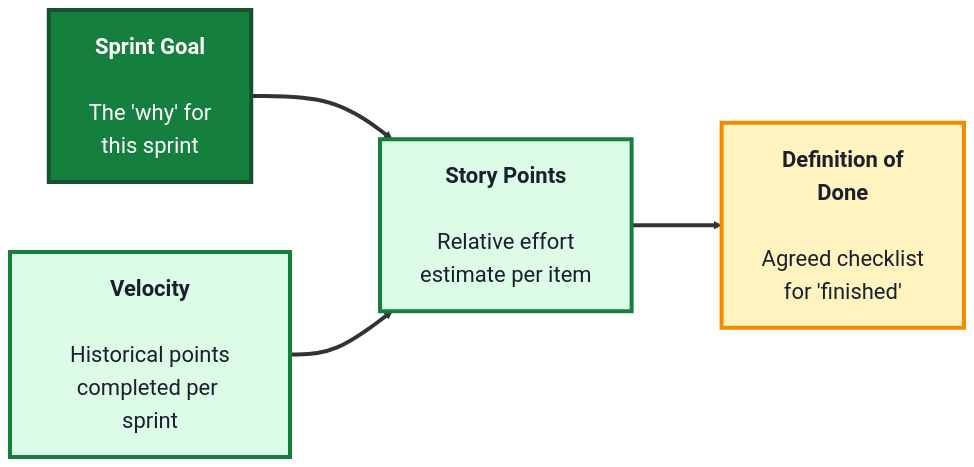
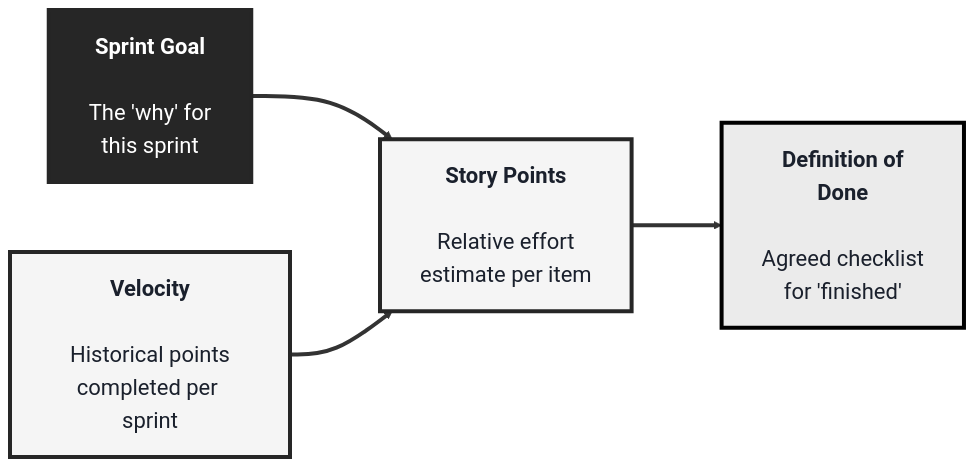
The third of 3 diagrams in src/Pages/courses/TechPO/agile-module.md (SHEMODELTECH/shemodeltech), drawn with Mermaid before and after one commit. The commit also changed other lines of this file and 46 other files, not shown here.

````diff
--- a/src/Pages/courses/TechPO/agile-module.md
+++ b/src/Pages/courses/TechPO/agile-module.md
@@ -188,18 +188,18 @@
 ```mermaid
-%%{init: {'theme':'base', 'themeVariables': {'fontSize':'22px', 'primaryTextColor':'#1a202c', 'primaryBorderColor':'#15803d', 'lineColor':'#333333'}, 'flowchart': {'nodeSpacing': 70, 'rankSpacing': 90, 'padding': 20}}}%%
+%%{init: {'theme':'base', 'themeVariables': {'fontSize':'22px', 'primaryTextColor':'#1a202c', 'primaryBorderColor':'#262626', 'lineColor':'#333333'}, 'flowchart': {'nodeSpacing': 70, 'rankSpacing': 90, 'padding': 20}}}%%
 flowchart LR
     G["<b>Sprint Goal</b><br/><br/>The 'why' for<br/>this sprint"]
     V["<b>Velocity</b><br/><br/>Historical points<br/>completed per sprint"]
     SP["<b>Story Points</b><br/><br/>Relative effort<br/>estimate per item"]
     DoD["<b>Definition of<br/>Done</b><br/><br/>Agreed checklist<br/>for 'finished'"]
 
     G ==> SP
     V ==> SP
     SP ==> DoD
 
-    style G fill:#15803d,color:#fff,stroke:#14532d,stroke-width:4px
-    style V fill:#dcfce7,color:#1a202c,stroke:#15803d,stroke-width:4px
-    style SP fill:#dcfce7,color:#1a202c,stroke:#15803d,stroke-width:4px
-    style DoD fill:#fff3bf,color:#1a202c,stroke:#f08c00,stroke-width:4px
+    style G fill:#262626,color:#fff,stroke:#262626,stroke-width:4px
+    style V fill:#F5F5F5,color:#1a202c,stroke:#262626,stroke-width:4px
+    style SP fill:#F5F5F5,color:#1a202c,stroke:#262626,stroke-width:4px
+    style DoD fill:#EBEBEB,color:#1a202c,stroke:#000000,stroke-width:4px
     linkStyle default stroke-width:4px,stroke:#333333
 ```
````
